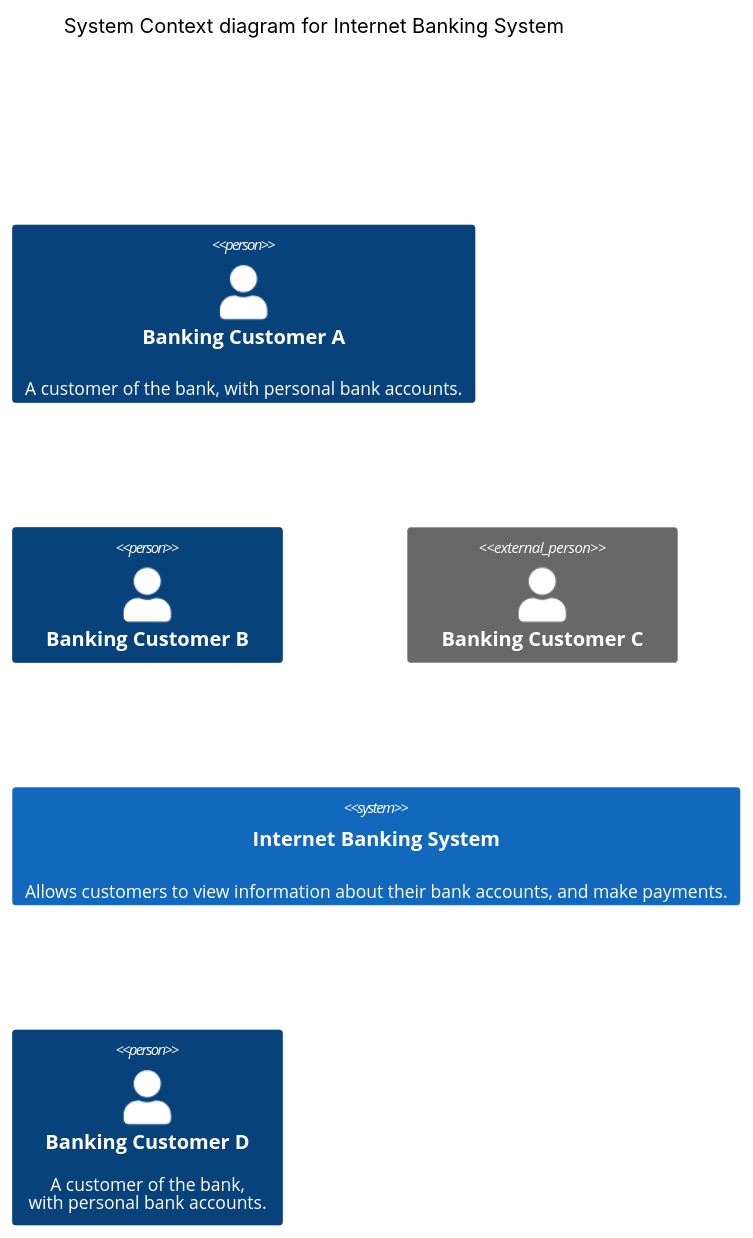
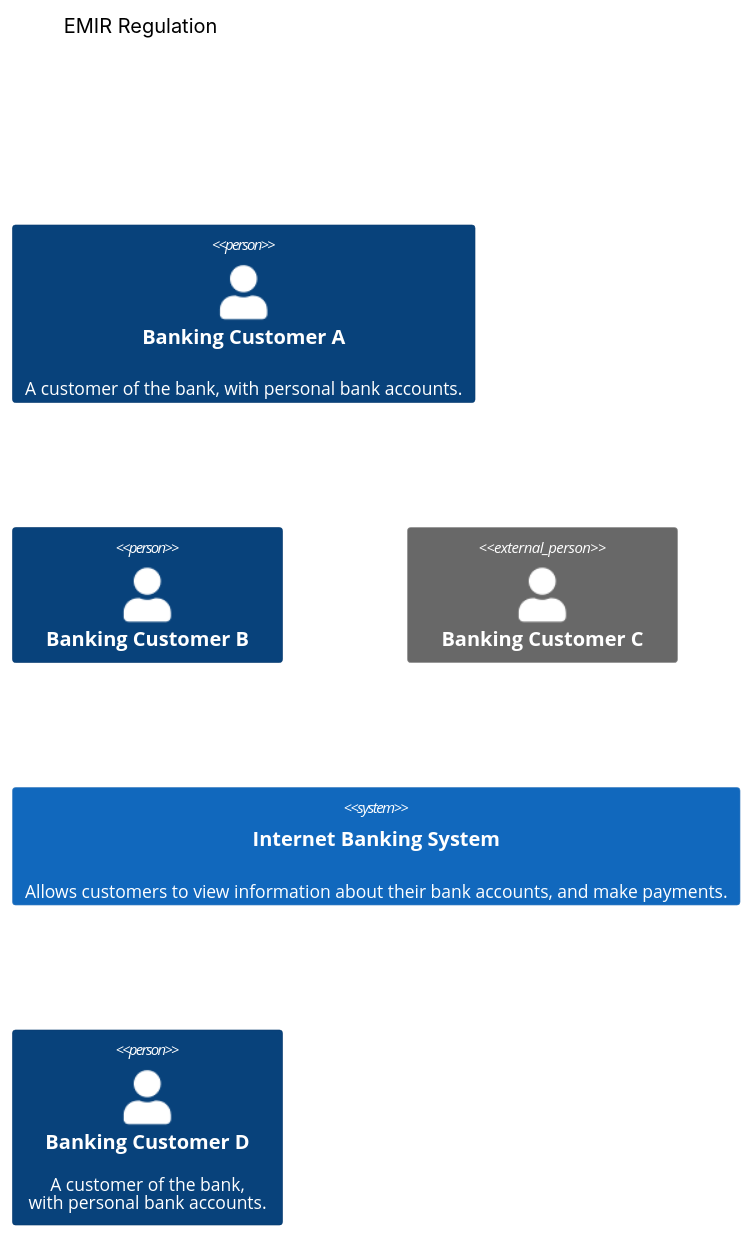
Before and after one commit to sunnylnct007/TestSqlScripts: the diagram in README.md, drawn with Mermaid (neutral theme).

````diff
--- a/README.md
+++ b/README.md
@@ -5,11 +5,11 @@
 ```mermaid
 C4Context
-title System Context diagram for Internet Banking System
+title EMIR Regulation
 
 Person(customerA, "Banking Customer A", "A customer of the bank, with personal bank accounts.")
 Person(customerB, "Banking Customer B")
 Person_Ext(customerC, "Banking Customer C")
 System(SystemAA, "Internet Banking System", "Allows customers to view information about their bank accounts, and make payments.")
 
 Person(customerD, "Banking Customer D", "A customer of the bank, <br/> with personal bank accounts.")
 ```
````
